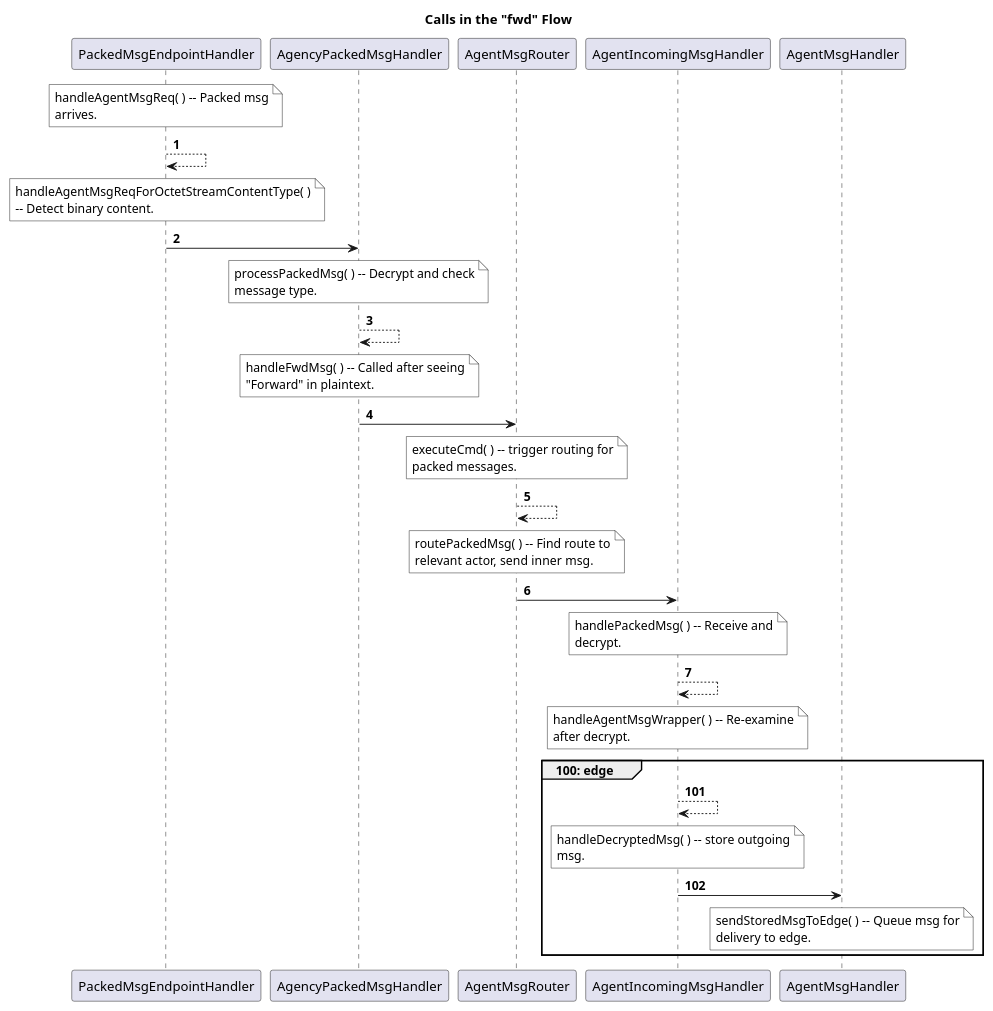
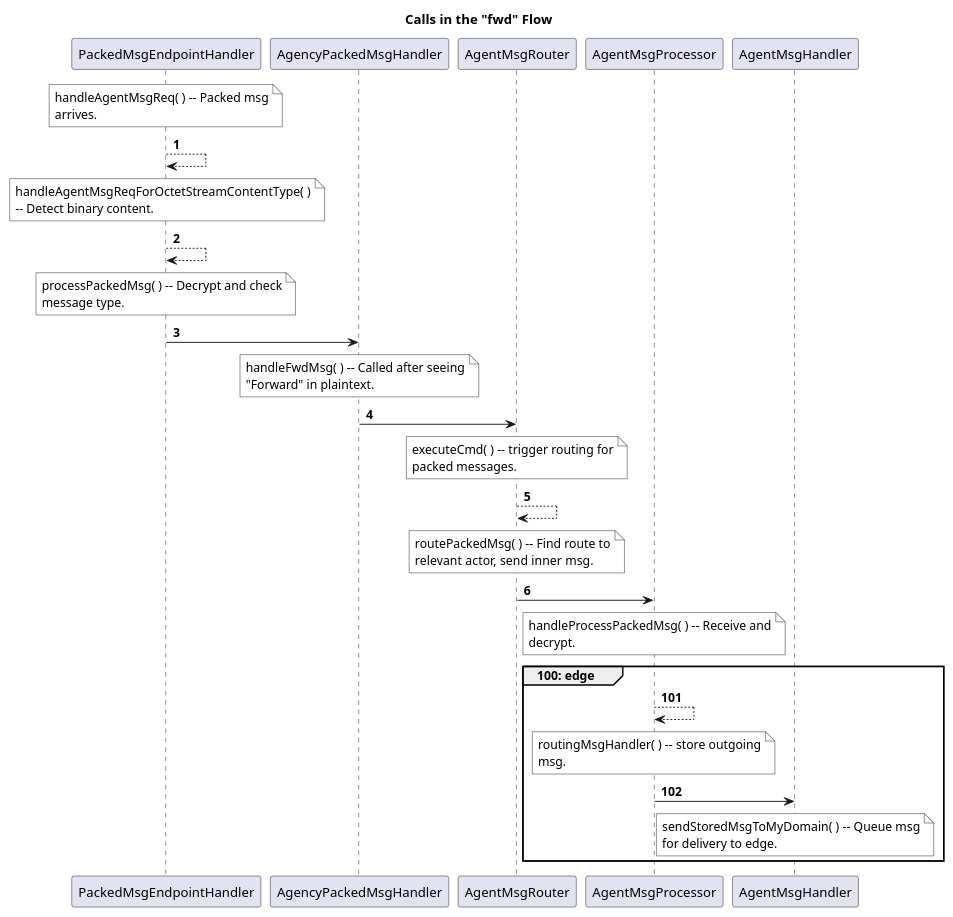
Before and after one commit to evernym/verity: the diagram in doc/fwd_flow.puml, drawn with PlantUML. The commit also changed 63 other files, not shown here.

```diff
--- a/doc/fwd_flow.puml
+++ b/doc/fwd_flow.puml
@@ -1,30 +1,28 @@
 @startuml
 
 title Calls in the "fwd" Flow
 
 autonumber 1
 note over PackedMsgEndpointHandler #ffffff: handleAgentMsgReq( ) -- Packed msg\narrives.
 PackedMsgEndpointHandler --> PackedMsgEndpointHandler
 note over PackedMsgEndpointHandler #ffffff: handleAgentMsgReqForOctetStreamContentType( )\n-- Detect binary content.
+PackedMsgEndpointHandler --> PackedMsgEndpointHandler
+note over PackedMsgEndpointHandler #ffffff: processPackedMsg( ) -- Decrypt and check\nmessage type.
 PackedMsgEndpointHandler -> AgencyPackedMsgHandler
-note over AgencyPackedMsgHandler #ffffff: processPackedMsg( ) -- Decrypt and check\nmessage type.
-AgencyPackedMsgHandler --> AgencyPackedMsgHandler
 note over AgencyPackedMsgHandler #ffffff: handleFwdMsg( ) -- Called after seeing\n"Forward" in plaintext.
 AgencyPackedMsgHandler -> AgentMsgRouter
 note over AgentMsgRouter #ffffff: executeCmd( ) -- trigger routing for\npacked messages.
 AgentMsgRouter --> AgentMsgRouter
 note over AgentMsgRouter #ffffff: routePackedMsg( ) -- Find route to\nrelevant actor, send inner msg.
-AgentMsgRouter -> AgentIncomingMsgHandler
-note over AgentIncomingMsgHandler #ffffff: handlePackedMsg( ) -- Receive and\ndecrypt.
-AgentIncomingMsgHandler --> AgentIncomingMsgHandler
-note over AgentIncomingMsgHandler #ffffff: handleAgentMsgWrapper( ) -- Re-examine\nafter decrypt.
+AgentMsgRouter -> AgentMsgProcessor
+note over AgentMsgProcessor #ffffff: handleProcessPackedMsg( ) -- Receive and\ndecrypt.
 
 group 100: edge
 autonumber 101
-AgentIncomingMsgHandler --> AgentIncomingMsgHandler
-note over AgentIncomingMsgHandler #ffffff: handleDecryptedMsg( ) -- store outgoing\nmsg.
-AgentIncomingMsgHandler -> AgentMsgHandler
-note over AgentMsgHandler #ffffff: sendStoredMsgToEdge( ) -- Queue msg for\ndelivery to edge.
+AgentMsgProcessor --> AgentMsgProcessor
+note over AgentMsgProcessor #ffffff: routingMsgHandler( ) -- store outgoing\nmsg.
+AgentMsgProcessor -> AgentMsgHandler
+note over AgentMsgHandler #ffffff: sendStoredMsgToMyDomain( ) -- Queue msg\nfor delivery to edge.
 end
 
 @enduml
```
